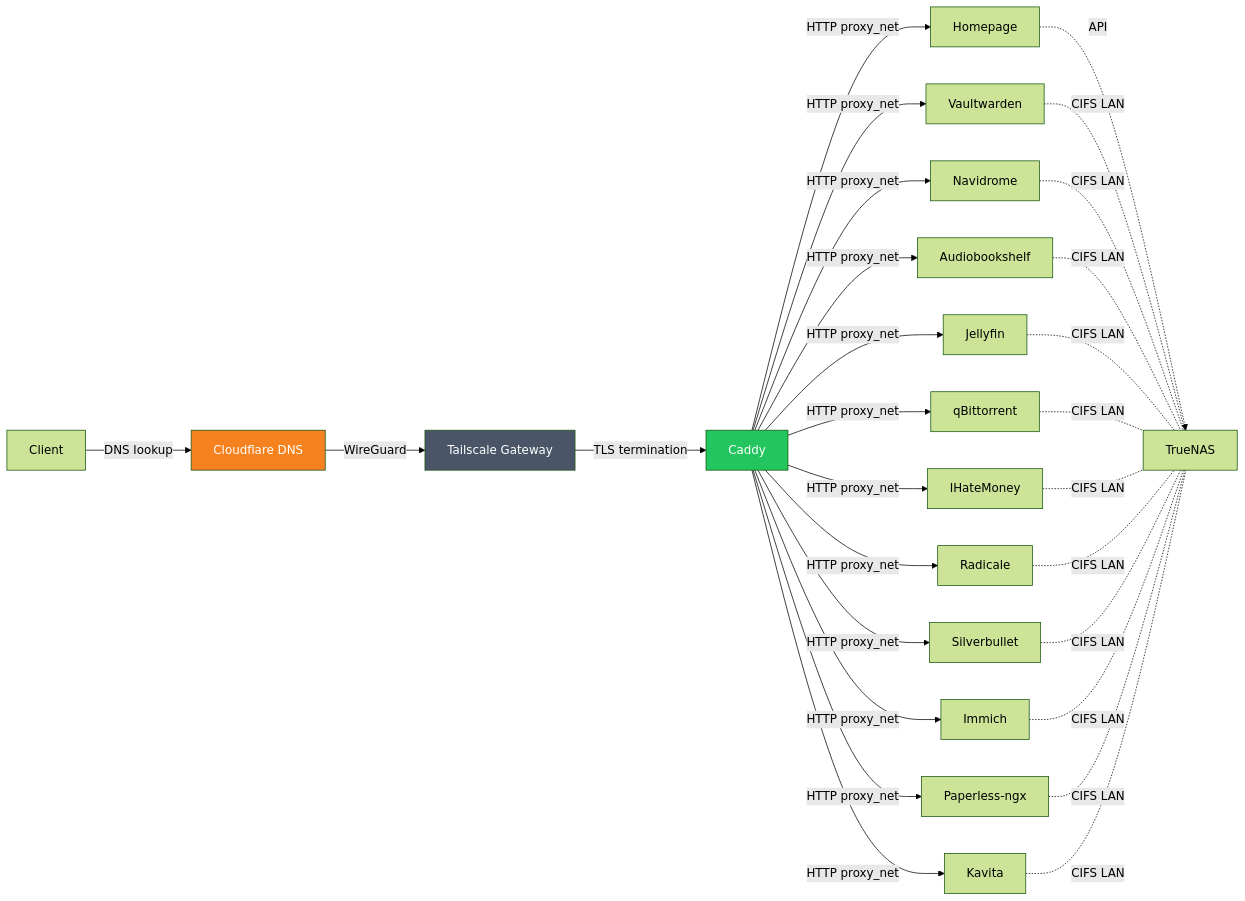
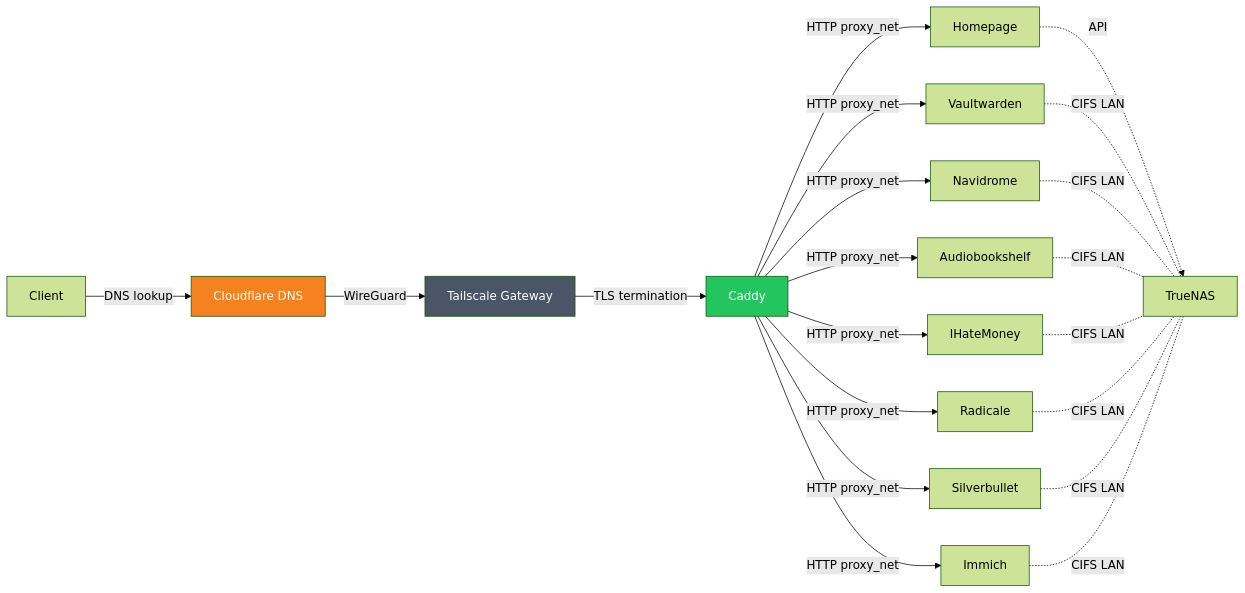
The second of 2 diagrams in README.md (masolnada/homelab), drawn with Mermaid (forest theme) before and after one commit. The commit also changed other lines of this file and 8 other files, not shown here.

First line of the commit message:
feat: remove kavita, paperless-ngx, qbittorrent, and jellyfin

````diff
--- a/README.md
+++ b/README.md
@@ -95,34 +77,26 @@
 ```mermaid
 graph LR
     Client -->|DNS lookup| CF[Cloudflare DNS]
     CF -->|WireGuard| TS[Tailscale Gateway]
     TS -->|TLS termination| Caddy
     Caddy -->|HTTP proxy_net| Homepage
     Caddy -->|HTTP proxy_net| Vaultwarden
     Caddy -->|HTTP proxy_net| Navidrome
     Caddy -->|HTTP proxy_net| Audiobookshelf
     Caddy -->|HTTP proxy_net| IHateMoney
-    Caddy -->|HTTP proxy_net| Jellyfin
-    Caddy -->|HTTP proxy_net| qBittorrent
     Caddy -->|HTTP proxy_net| Radicale
     Caddy -->|HTTP proxy_net| Silverbullet
     Caddy -->|HTTP proxy_net| Immich
-    Caddy -->|HTTP proxy_net| Paperless[Paperless-ngx]
-    Caddy -->|HTTP proxy_net| Kavita
     Homepage -.->|API| NAS[TrueNAS]
     Vaultwarden -.-|CIFS LAN| NAS
     Navidrome -.-|CIFS LAN| NAS
     Audiobookshelf -.-|CIFS LAN| NAS
-    Jellyfin -.-|CIFS LAN| NAS
-    qBittorrent -.-|CIFS LAN| NAS
     IHateMoney -.-|CIFS LAN| NAS
     Radicale -.-|CIFS LAN| NAS
     Silverbullet -.-|CIFS LAN| NAS
     Immich -.-|CIFS LAN| NAS
-    Paperless -.-|CIFS LAN| NAS
-    Kavita -.-|CIFS LAN| NAS
 
     style CF fill:#f6821f,color:#fff
     style TS fill:#4a5568,color:#fff
     style Caddy fill:#22c55e,color:#fff
 ```
````
